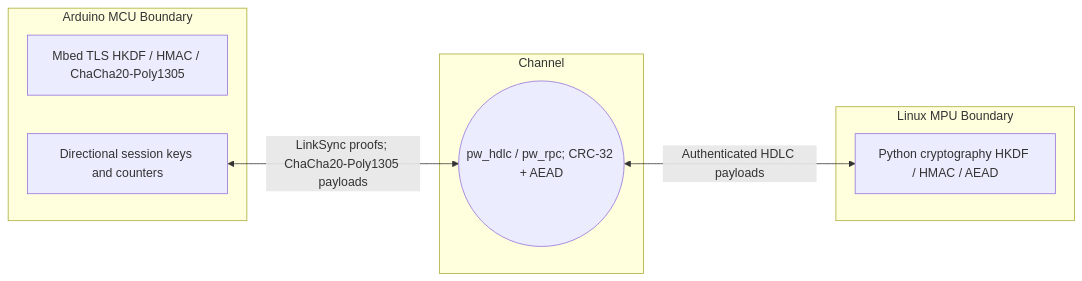
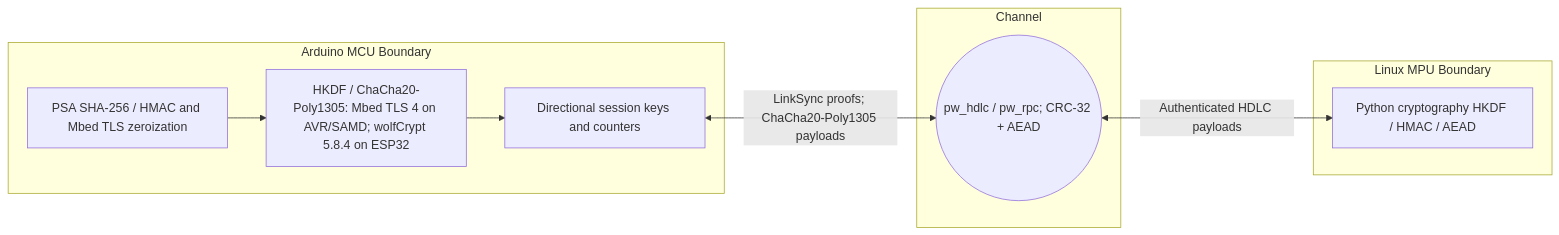
The diagram in docs/security/FIPS140_3_SECURITY_POLICY.md (isantolin/arduino-yun-bridge2), drawn with Mermaid before and after one commit. The commit also changed other lines of this file and 14 other files, not shown here.

Commit message:
fix: Integrate wolfCrypt for HKDF and ChaCha20-Poly1305 on ESP32; update documentation and dependencies

````diff
--- a/docs/security/FIPS140_3_SECURITY_POLICY.md
+++ b/docs/security/FIPS140_3_SECURITY_POLICY.md
@@ -12,18 +12,21 @@
 ```mermaid
 graph LR
     subgraph Arduino MCU Boundary
-        A[Mbed TLS HKDF / HMAC / ChaCha20-Poly1305]
+        A[PSA SHA-256 / HMAC and Mbed TLS zeroization]
+        E[HKDF / ChaCha20-Poly1305: Mbed TLS 4 on AVR/SAMD; wolfCrypt 5.8.4 on ESP32]
         B[Directional session keys and counters]
     end
 
     subgraph Channel
         UART((pw_hdlc / pw_rpc; CRC-32 + AEAD))
     end
 
     subgraph Linux MPU Boundary
         D[Python cryptography HKDF / HMAC / AEAD]
     end
 
+    A --> E
+    E --> B
     B <-->|LinkSync proofs; ChaCha20-Poly1305 payloads| UART
     UART <-->|Authenticated HDLC payloads| D
 ```
````
